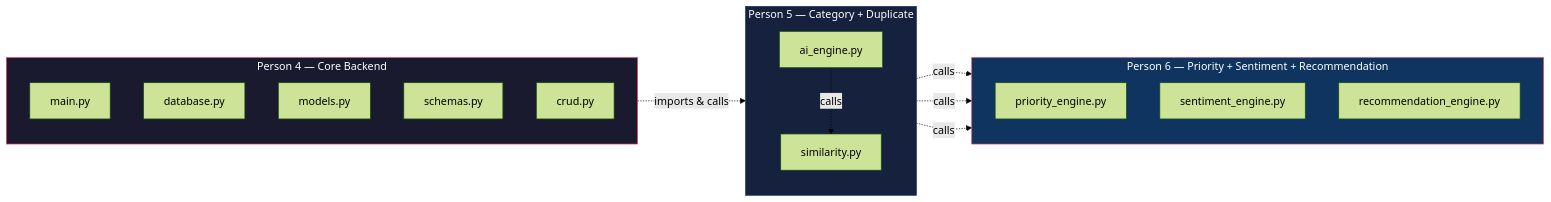
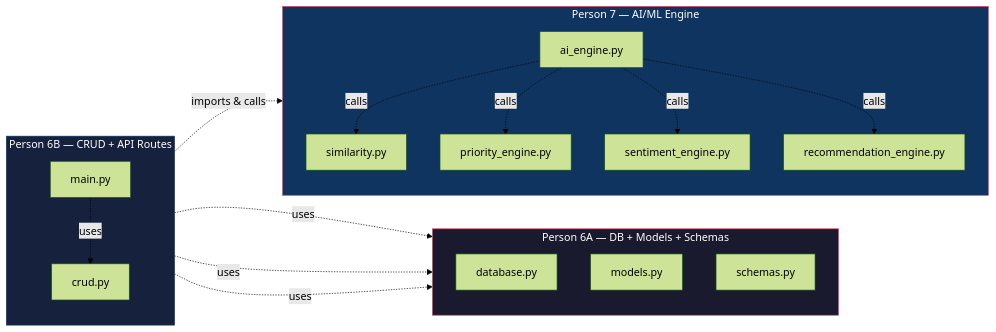
One commit to SatvikDB/CivicMind changed the third of 16 diagrams in BACKEND_GUIDE_v2.md. Above: the diagram before and after it, drawn with Mermaid (forest theme). The commit also changed other lines of this file, not shown here.

````diff
--- a/BACKEND_GUIDE_v2.md
+++ b/BACKEND_GUIDE_v2.md
@@ -116,35 +118,39 @@
 ```mermaid
 graph LR
-    subgraph Person4["Person 4 — Core Backend"]
+    subgraph Person6A["Person 6A — DB + Models + Schemas"]
         direction TB
-        MA[main.py]
         DBA[database.py]
         MLA[models.py]
         SA[schemas.py]
+    end
+
+    subgraph Person6B["Person 6B — CRUD + API Routes"]
+        direction TB
+        MA[main.py]
         CA[crud.py]
     end
 
-    subgraph Person5["Person 5 — Category + Duplicate"]
+    subgraph Person7["Person 7 — AI/ML Engine"]
         direction TB
         AE[ai_engine.py]
         SIM[similarity.py]
-    end
-
-    subgraph Person6["Person 6 — Priority + Sentiment + Recommendation"]
-        direction TB
         PRI[priority_engine.py]
         SEN[sentiment_engine.py]
         REC[recommendation_engine.py]
     end
 
     AE -.->|"calls"| SIM
     AE -.->|"calls"| PRI
     AE -.->|"calls"| SEN
     AE -.->|"calls"| REC
 
-    MA -.->|"imports & calls"| AE
+    CA -.->|"imports & calls"| AE
+    MA -.->|"uses"| CA
+    MA -.->|"uses"| DBA
+    MA -.->|"uses"| MLA
+    MA -.->|"uses"| SA
 
-    style Person4 fill:#1a1a2e,stroke:#e94560,color:#fff
-    style Person5 fill:#16213e,stroke:#0f3460,color:#fff
-    style Person6 fill:#0f3460,stroke:#e94560,color:#fff
+    style Person6A fill:#1a1a2e,stroke:#e94560,color:#fff
+    style Person6B fill:#16213e,stroke:#0f3460,color:#fff
+    style Person7 fill:#0f3460,stroke:#e94560,color:#fff
 ```
````
